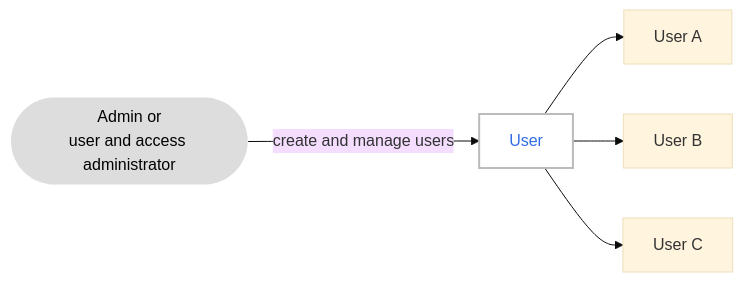
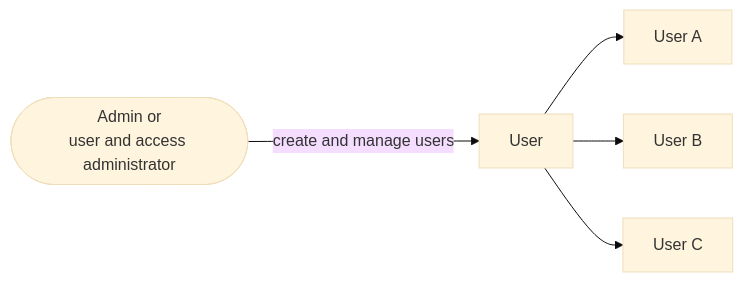
One commit to DaoCloud/DaoCloud-docs changed the first of 3 diagrams in docs/en/docs/ghippo/intro/features.md. Above: the diagram before and after it, drawn with Mermaid (base theme). The commit also changed other lines of this file and 40 other files, not shown here.

Commit message:
remove classdef and class from mermaid blocks globally (#7555)

````diff
--- a/docs/en/docs/ghippo/intro/features.md
+++ b/docs/en/docs/ghippo/intro/features.md
@@ -16,17 +16,10 @@
     ```mermaid
     graph LR
 
         admin([Admin or<br>user and access administrator]) --> |create and manage users|user[User]
         user --> user1[User A]
         user --> user2[User B]
         user --> user3[User C]
         
     click user "https://docs.daocloud.io/en/ghippo/user-guide/access-control/user/"
-
-    classDef plain fill:#ddd,stroke:#fff,stroke-width:0px,color:#000;
-    classDef k8s fill:#326ce5,stroke:#fff,stroke-width:0px,color:#fff;
-    classDef cluster fill:#fff,stroke:#bbb,stroke-width:2px,color:#326ce5;
-
-    class admin plain;
-    class user cluster
     ```
````
